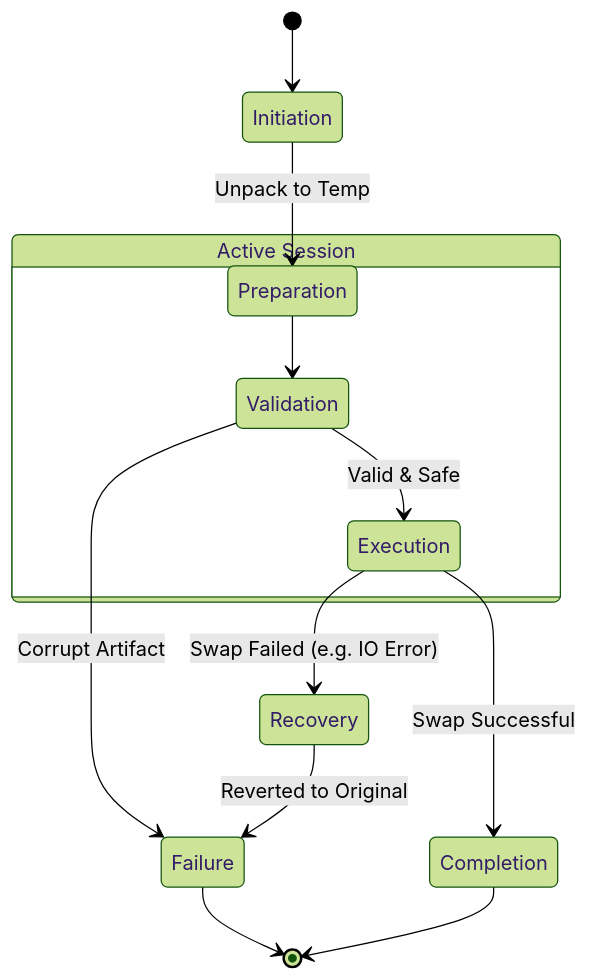
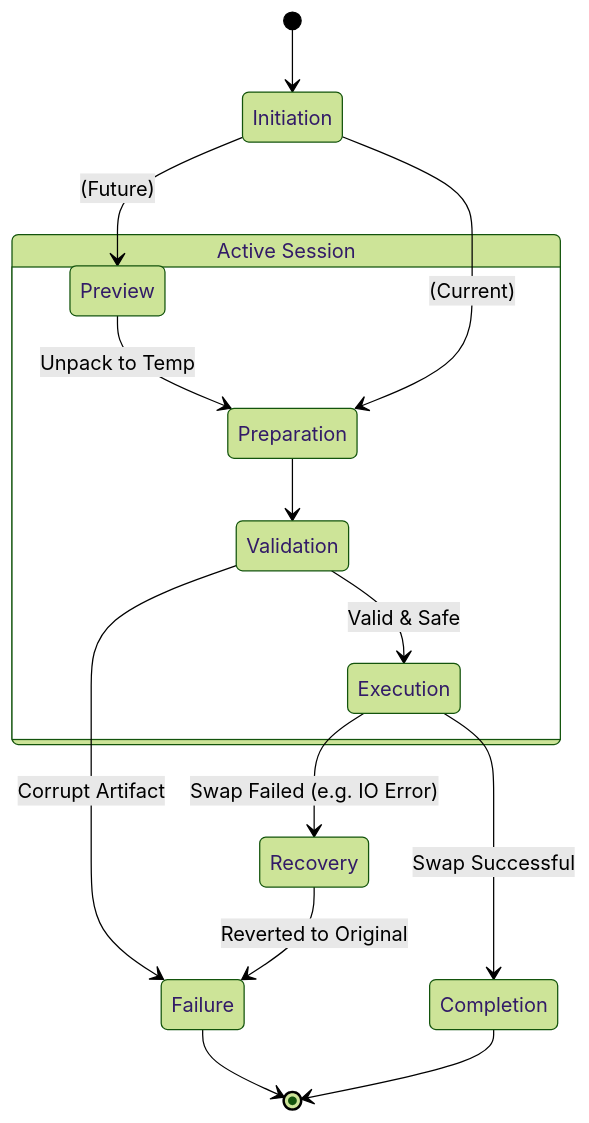
The diagram in docs/03-modules/backup/04-RestoreLifecycle.md (Sayantan5665/NoteBook), drawn with Mermaid (forest theme) before and after one commit. The commit also changed other lines of this file and 4 other files, not shown here.

````diff
--- a/docs/03-modules/backup/04-RestoreLifecycle.md
+++ b/docs/03-modules/backup/04-RestoreLifecycle.md
@@ -65,24 +70,27 @@
 ```mermaid
 stateDiagram-v2
     [*] --> Initiation
-    Initiation --> Preparation : Unpack to Temp
+    Initiation --> Preview : (Future)
+    Preview --> Preparation : Unpack to Temp
+    Initiation --> Preparation : (Current)
     
     Preparation --> Validation
     
     Validation --> Execution : Valid & Safe
     Validation --> Failure : Corrupt Artifact
     
     Execution --> Completion : Swap Successful
     Execution --> Recovery : Swap Failed (e.g. IO Error)
     
     Recovery --> Failure : Reverted to Original
     
     state "Active Session" as Active {
+        Preview
         Preparation
         Validation
         Execution
     }
     
     Failure --> [*]
     Completion --> [*]
 ```
````
